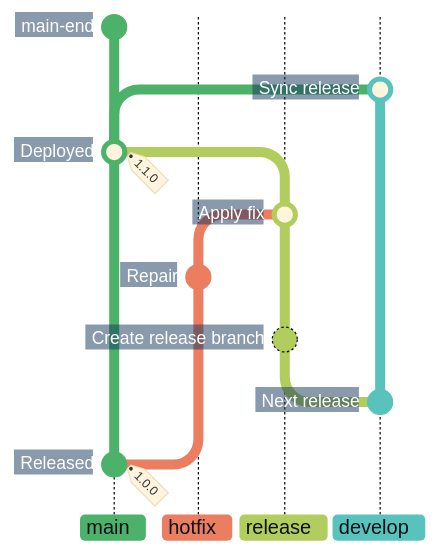
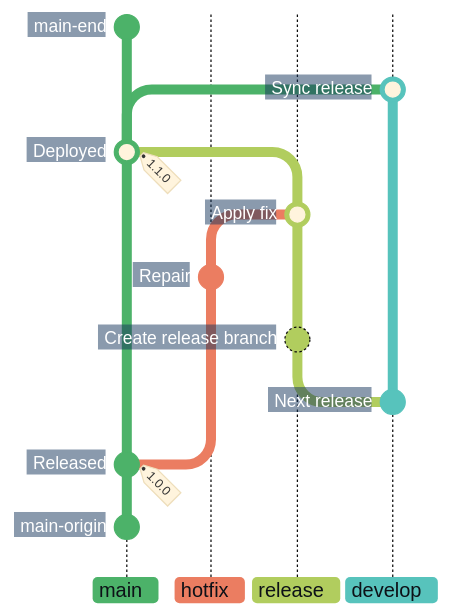
Before and after one commit to superhero/operations.superduper.solutions: the fourth of 7 diagrams in docs/adr/cicd.md, drawn with Mermaid. The commit also changed other lines of this file, not shown here.

Commit message:
docs(cicd): continue hotfix and main docs lanes below their forks

````diff
--- a/docs/adr/cicd.md
+++ b/docs/adr/cicd.md
@@ -154,31 +156,33 @@
 ```mermaid
-%%{init: {"theme": "base", "themeCSS": "line.branch { stroke: #8B949E; stroke-width: 1px; stroke-dasharray: 1 4; stroke-linecap: round; } .branchLabel, .tag-label { font-weight: 700; } .tag-label-bkg, .commit-label-bkg { opacity: 0.9; } .tag-label-bkg { fill: #B8E6C4; stroke: #8ED3A2; } .branchLabelBkg { opacity: 1; clip-path: inset(0 8px 0 0 round 4px) fill-box; } .commit-labels g:last-of-type { visibility: hidden; } path.arrow3:not(.arrow3 ~ .arrow3) { filter: drop-shadow(0 50px 0 #57C3BC); } .commit-labels g:first-of-type, .commit.main-end { visibility: hidden; } .commit-arrows path.arrow3:nth-last-child(3) { filter: drop-shadow(0 50px 0 #57C3BC) drop-shadow(0 -50px 0 #57C3BC); } .commit-labels g { transform-box: fill-box; transform-origin: calc(100% + 17px) calc(50% + 2px); transform: rotate(-10deg); } .commit-label { font-weight: 700; transform: translateX(-8px); } .commit-label-bkg { stroke: #17365D; stroke-width: 20px; transform: translateX(-5px); clip-path: polygon(-4px -4px, calc(100% + 4px) -4px, calc(100% + 10px) 50%, calc(100% + 4px) calc(100% + 4px), -4px calc(100% + 4px)) fill-box; } .commit.branch { stroke: #B1CD5E; stroke-dasharray: none; }", "gitGraph": {"showCommitLabel": true, "rotateCommitLabel": false}, "themeVariables": {
+%%{init: {"theme": "base", "themeCSS": "line.branch { stroke: #8B949E; stroke-width: 1px; stroke-dasharray: 1 4; stroke-linecap: round; } .branchLabel, .tag-label { font-weight: 700; } .tag-label-bkg, .commit-label-bkg { opacity: 0.9; } .tag-label-bkg { fill: #B8E6C4; stroke: #8ED3A2; } .branchLabelBkg { opacity: 1; clip-path: inset(0 8px 0 0 round 4px) fill-box; } .commit-labels g:nth-last-of-type(-n+2), .commit.main-origin { visibility: hidden; } path.arrow3:not(.arrow3 ~ .arrow3) { filter: drop-shadow(0 100px 0 #57C3BC); } .commit-labels g:first-of-type, .commit.main-end { visibility: hidden; } .commit-arrows path.arrow3:nth-last-child(3) { filter: drop-shadow(0 100px 0 #57C3BC) drop-shadow(0 -50px 0 #57C3BC); } .commit-labels g { transform-box: fill-box; transform-origin: calc(100% + 17px) calc(50% + 2px); transform: rotate(-10deg); } .commit-label { font-weight: 700; transform: translateX(-8px); } .commit-label-bkg { stroke: #17365D; stroke-width: 20px; transform: translateX(-5px); clip-path: polygon(-4px -4px, calc(100% + 4px) -4px, calc(100% + 10px) 50%, calc(100% + 4px) calc(100% + 4px), -4px calc(100% + 4px)) fill-box; } .commit.branch { stroke: #B1CD5E; stroke-dasharray: none; }", "gitGraph": {"showCommitLabel": true, "rotateCommitLabel": false}, "themeVariables": {
     "commitLabelFontSize": "14px", "commitLabelColor": "#FFFFFF", "commitLabelBackground": "#17365D",
     "git0": "#4CB269", "gitBranchLabel0": "#0D1117",
     "git1": "#EB7D61", "gitBranchLabel1": "#0D1117",
     "git2": "#B1CD5E", "gitBranchLabel2": "#0D1117",
     "git3": "#57C3BC", "gitBranchLabel3": "#0D1117"
 }}}%%
 gitGraph BT:
     %% Show existing main and develop lanes with earlier ancestry omitted.
     branch develop order: 3
     checkout main
+    %% A hidden anchor continues main below the released version.
+    commit id: "main-origin"
     commit id: "Released" tag: "1.0.0"
     checkout develop
-    %% Extend develop by 50px before this fork to show prior history without a starting node.
+    %% Extend develop by 100px before this fork to show prior history without a starting node.
     commit id: "Next release"
     branch "release" order: 2
     commit id: "Create release branch"
     checkout main
     branch "hotfix" order: 1
     commit id: "Repair"
     checkout "release"
     merge "hotfix" id: "Apply fix"
     checkout main
     merge "release" id: "Deployed" tag: "1.1.0"
     checkout develop
     merge main id: "Sync release"
     %% A hidden main endpoint and a 50px develop extension align the continuing tips.
     checkout main
     commit id: "main-end"
 ```
````
